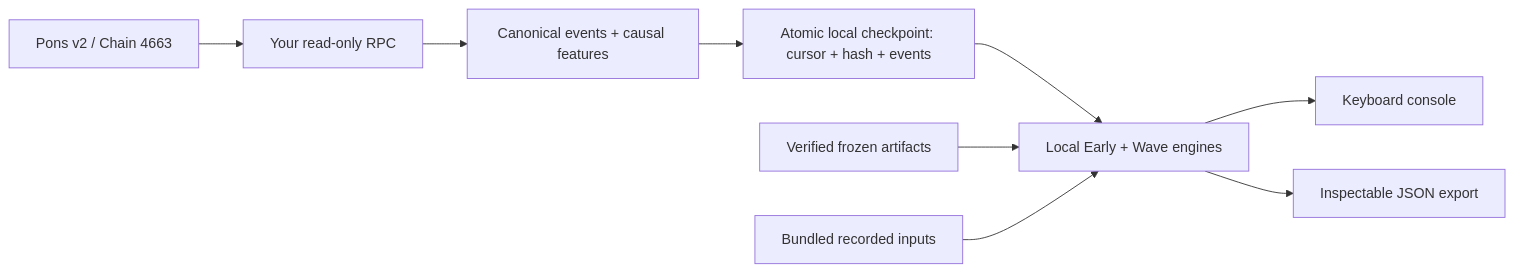
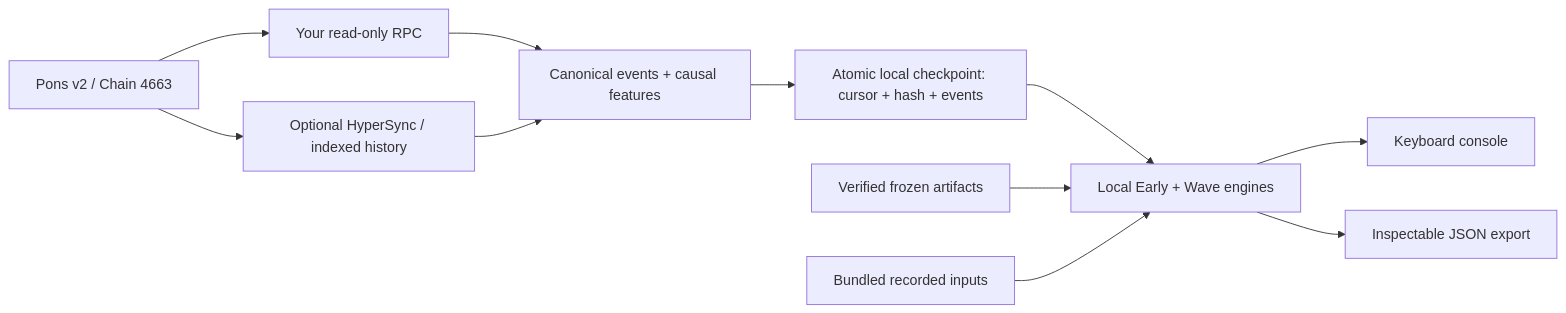
The second of 2 diagrams in README.md (0xchewa/secondwave), drawn with Mermaid before and after one commit. The commit also changed other lines of this file and 16 other files, not shown here.

````diff
--- a/README.md
+++ b/README.md
@@ -208,11 +211,13 @@
 ```mermaid
 flowchart LR
     CH["Pons v2 / Chain 4663"] --> RPC["Your read-only RPC"]
     RPC --> CO["Canonical events + causal features"]
+    CH --> HS["Optional HyperSync / indexed history"]
+    HS --> CO
     CO --> CP["Atomic local checkpoint: cursor + hash + events"]
     CP --> M["Local Early + Wave engines"]
     A["Verified frozen artifacts"] --> M
     R["Bundled recorded inputs"] --> M
     M --> UI["Keyboard console"]
     M --> JSON["Inspectable JSON export"]
 ```
````
